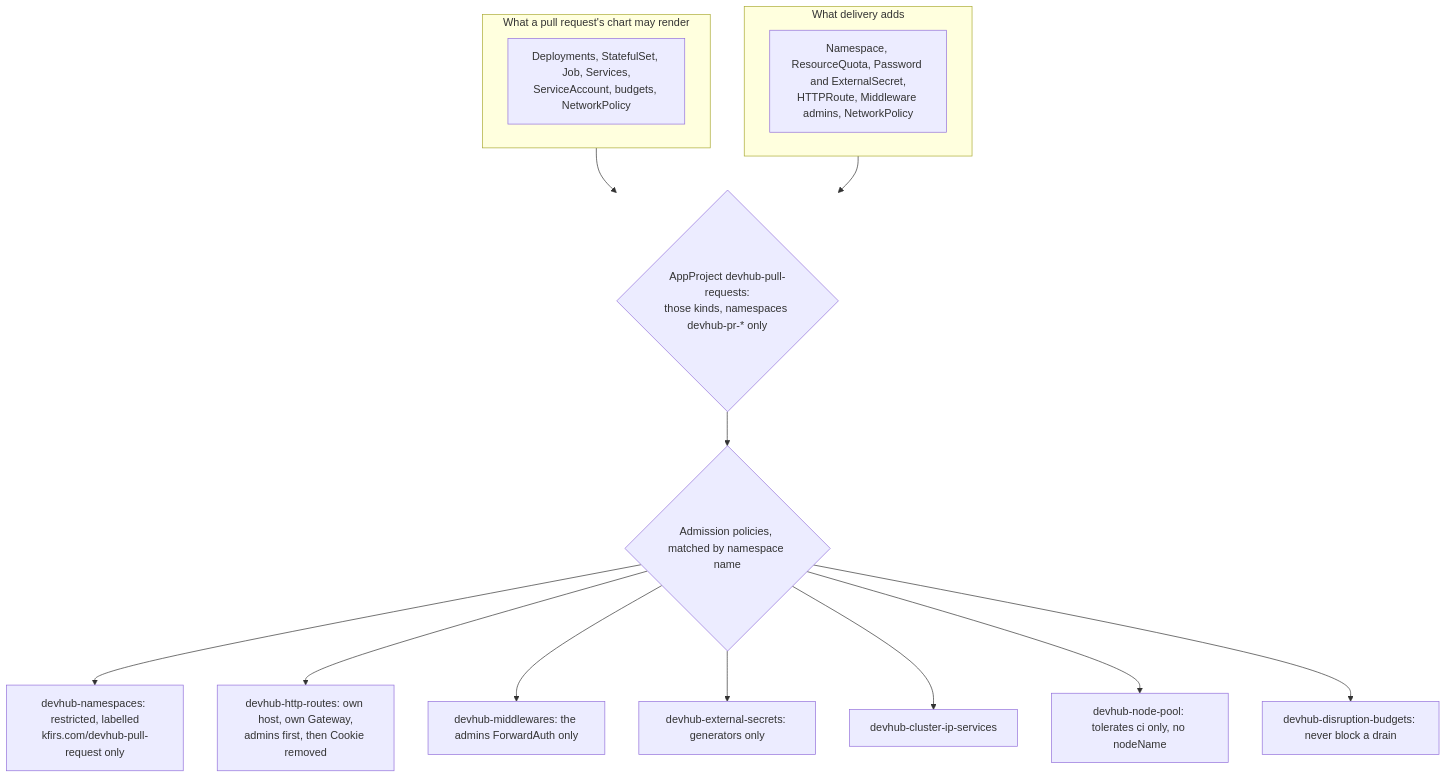
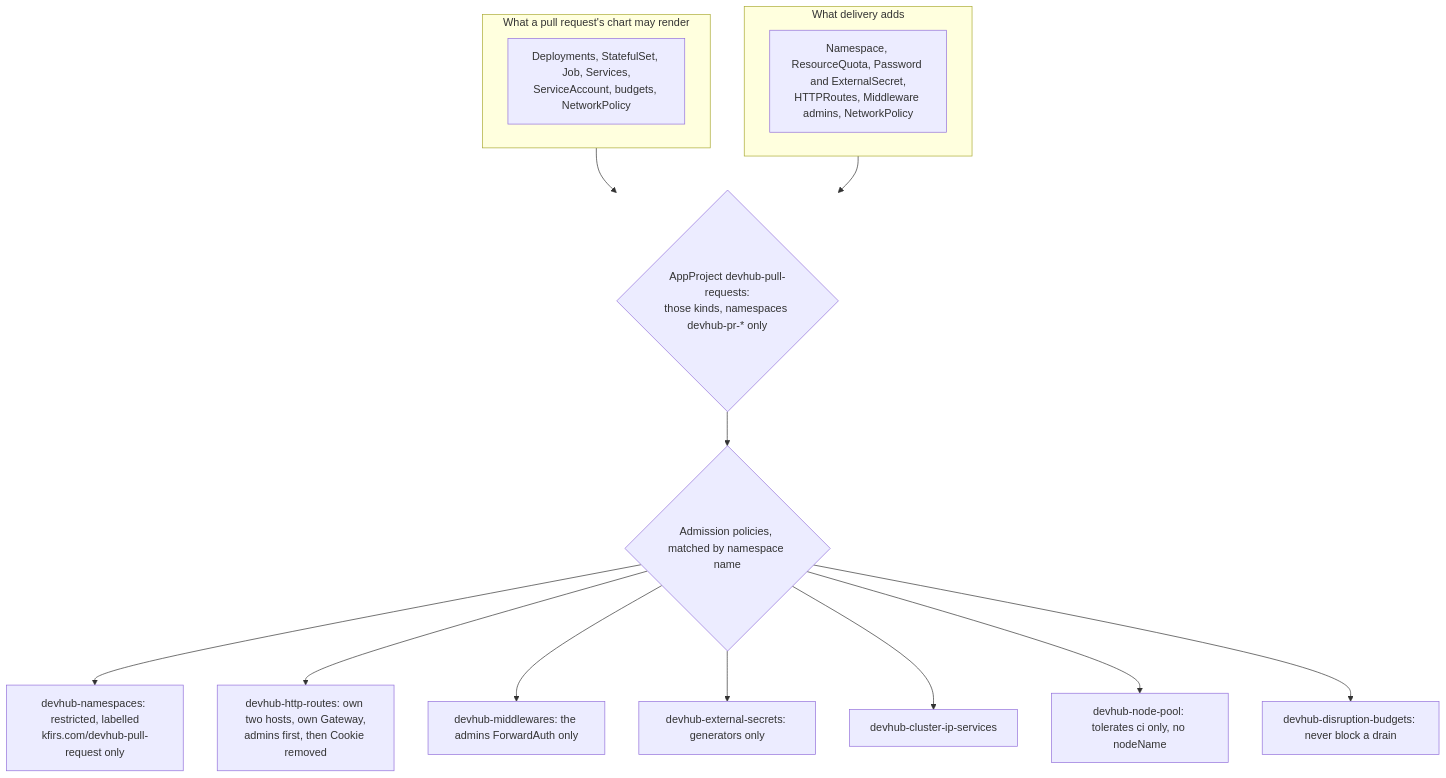
The fourth of 4 diagrams in docs/delivery/designs/devhub-previews.md (arikkfir-org/delivery), drawn with Mermaid before and after one commit. The commit also changed other lines of this file and 5 other files, not shown here.

````diff
--- a/docs/delivery/designs/devhub-previews.md
+++ b/docs/delivery/designs/devhub-previews.md
@@ -74,19 +75,19 @@
 ```mermaid
 flowchart TB
   subgraph code["What a pull request's chart may render"]
     K1["Deployments, StatefulSet, Job, Services,<br/>ServiceAccount, budgets, NetworkPolicy"]
   end
   subgraph hub["What delivery adds"]
-    K2["Namespace, ResourceQuota, Password and ExternalSecret,<br/>HTTPRoute, Middleware admins, NetworkPolicy"]
+    K2["Namespace, ResourceQuota, Password and ExternalSecret,<br/>HTTPRoutes, Middleware admins, NetworkPolicy"]
   end
   code --> Proj{"AppProject devhub-pull-requests:<br/>those kinds, namespaces devhub-pr-* only"}
   hub --> Proj
   Proj --> Pol{"Admission policies, matched by namespace name"}
   Pol --> P1["devhub-namespaces: restricted, labelled<br/>kfirs.com/devhub-pull-request only"]
-  Pol --> P2["devhub-http-routes: own host, own Gateway,<br/>admins first, then Cookie removed"]
+  Pol --> P2["devhub-http-routes: own two hosts, own Gateway,<br/>admins first, then Cookie removed"]
   Pol --> P3["devhub-middlewares: the admins ForwardAuth only"]
   Pol --> P4["devhub-external-secrets: generators only"]
   Pol --> P5["devhub-cluster-ip-services"]
   Pol --> P6["devhub-node-pool: tolerates ci only, no nodeName"]
   Pol --> P7["devhub-disruption-budgets: never block a drain"]
 ```
````
